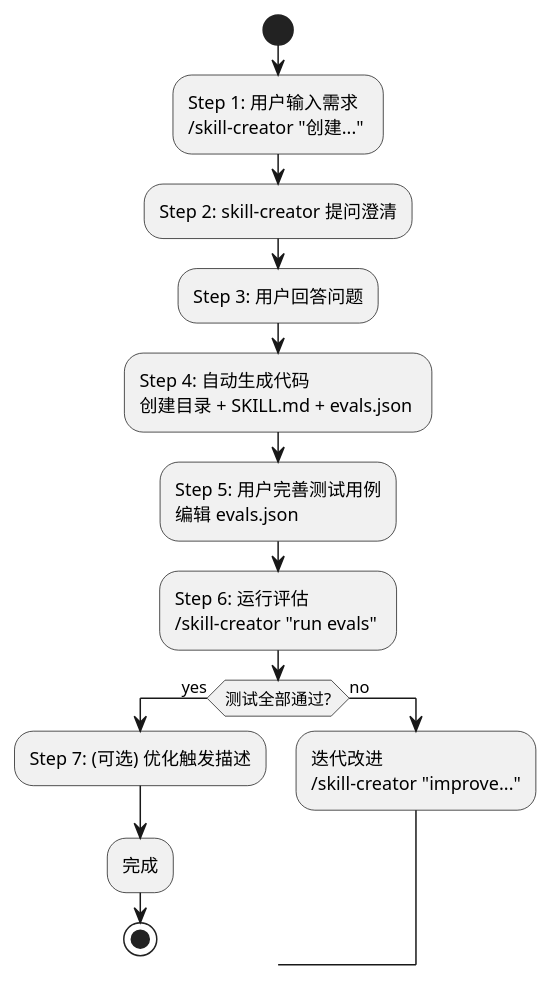
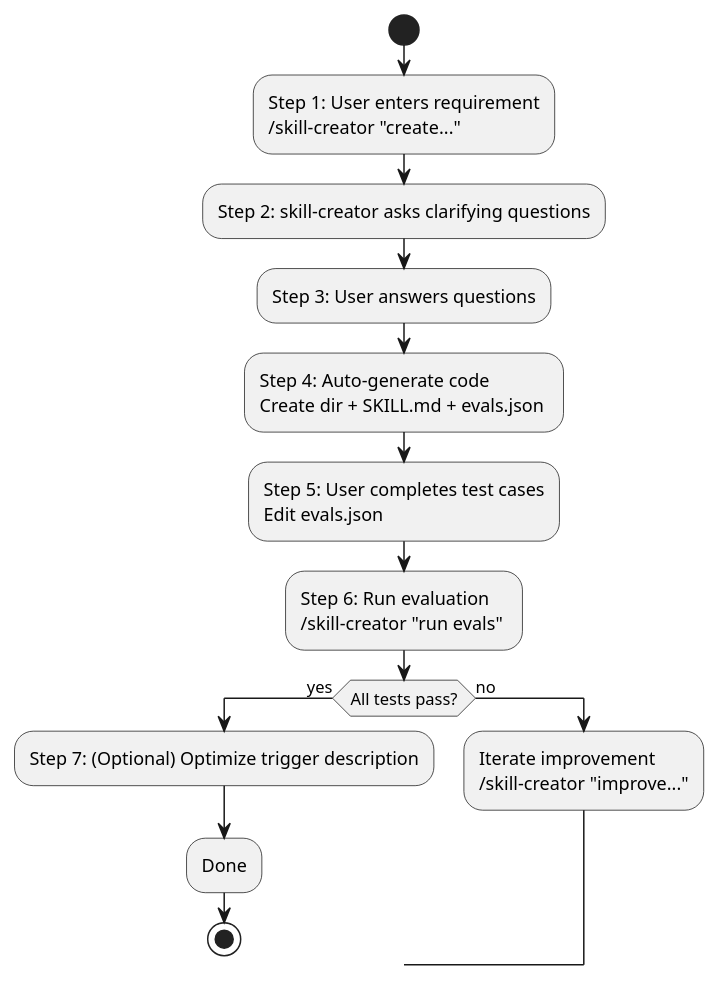
The first of 2 diagrams in 02-Learning/claude/skill-creator.md (syllr/ainote), drawn with PlantUML before and after one commit.

Commit message:
Change PlantUML diagram text from Chinese to English
plantuml.com server lacks Chinese fonts, causing text overlapping due to incorrect width calculation. Changing to English solves the problem at root.

````diff
--- a/02-Learning/claude/skill-creator.md
+++ b/02-Learning/claude/skill-creator.md
@@ -81,26 +81,28 @@
 ```plantuml
 @startuml
+skinparam linetype ortho
+skinparam shadowing false
 
 start
-:Step 1: 用户输入需求\n/skill-creator "创建..." ;
+:Step 1: User enters requirement\n/skill-creator "create..." ;
 
-:Step 2: skill-creator 提问澄清;
+:Step 2: skill-creator asks clarifying questions;
 
-:Step 3: 用户回答问题;
+:Step 3: User answers questions;
 
-:Step 4: 自动生成代码\n创建目录 + SKILL.md + evals.json ;
+:Step 4: Auto-generate code\nCreate dir + SKILL.md + evals.json ;
 
-:Step 5: 用户完善测试用例\n编辑 evals.json ;
+:Step 5: User completes test cases\nEdit evals.json ;
 
-:Step 6: 运行评估\n/skill-creator "run evals" ;
+:Step 6: Run evaluation\n/skill-creator "run evals" ;
 
-if (测试全部通过?) then (yes)
-  :Step 7: (可选) 优化触发描述;
-  :完成;
+if (All tests pass?) then (yes)
+  :Step 7: (Optional) Optimize trigger description;
+  :Done;
   stop
 else (no)
-  :迭代改进\n/skill-creator "improve...";
+  :Iterate improvement\n/skill-creator "improve...";
   -> Step 6;
 endif
 @enduml
 ```
````
